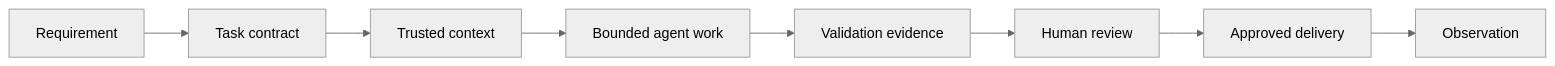
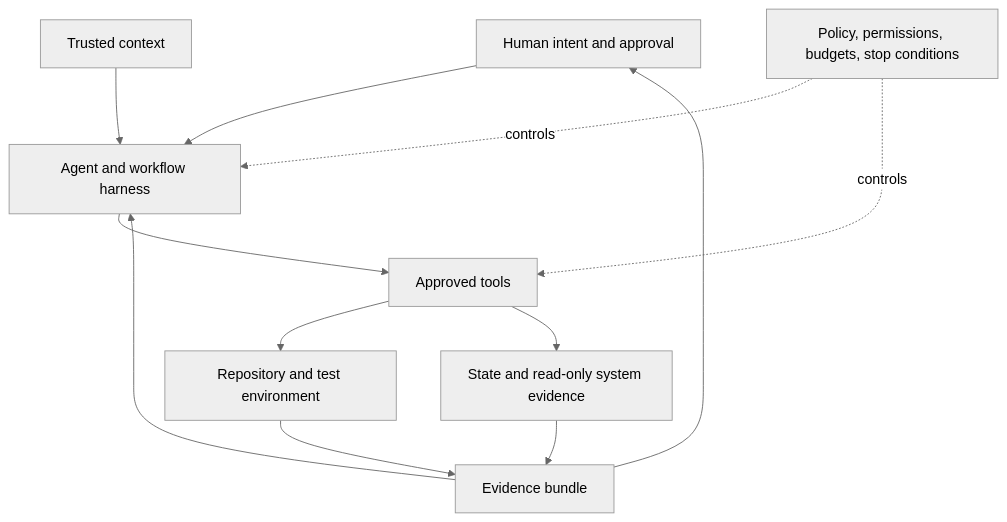
The second of 3 diagrams in docs/m1-welcome-agentic-infrastructure-as-code/lesson.md (schoolofdevops/309-agentic-iac-site), drawn with Mermaid (neutral theme) before and after one commit. The commit also changed other lines of this file and 16 other files, not shown here.

````diff
--- a/docs/m1-welcome-agentic-infrastructure-as-code/lesson.md
+++ b/docs/m1-welcome-agentic-infrastructure-as-code/lesson.md
@@ -24,10 +128,14 @@
 ```mermaid
-flowchart LR
-  A[Requirement] --> B[Task contract]
-  B --> C[Trusted context]
-  C --> D[Bounded agent work]
-  D --> E[Validation evidence]
-  E --> F[Human review]
-  F --> G[Approved delivery]
-  G --> H[Observation]
+flowchart TB
+  H[Human intent and approval] --> A[Agent and workflow harness]
+  C[Trusted context] --> A
+  A --> T[Approved tools]
+  T --> R[Repository and test environment]
+  T --> S[State and read-only system evidence]
+  R --> E[Evidence bundle]
+  S --> E
+  E --> A
+  E --> H
+  P[Policy, permissions, budgets, stop conditions] -. controls .-> A
+  P -. controls .-> T
 ```
````
